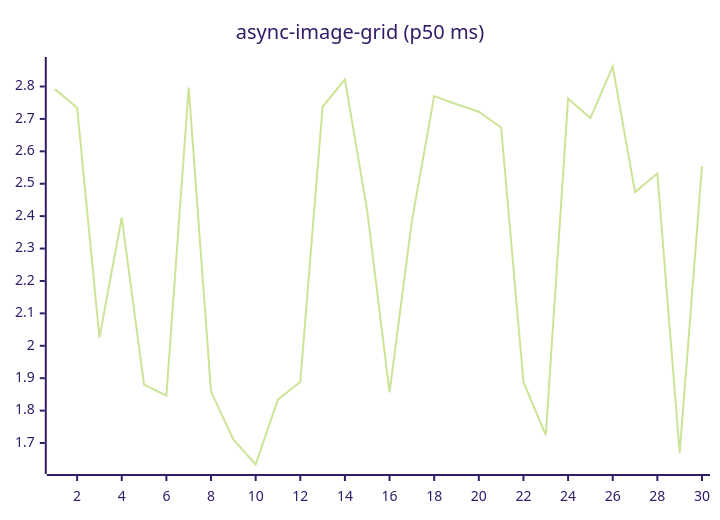
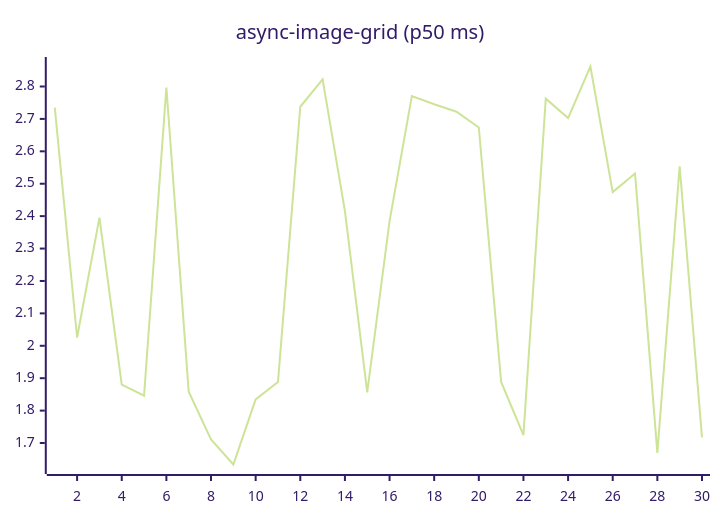
Before and after one commit to josha/Facet: the fifth of 27 diagrams in README.md, drawn with Mermaid (forest theme). The commit also changed other lines of this file and 2 other files, not shown here.

````diff
--- a/README.md
+++ b/README.md
@@ -91,6 +91,6 @@
 ```mermaid
 xychart-beta
     title "async-image-grid (p50 ms)"
     x-axis 1 --> 30
-    line [2.7919, 2.7346, 2.0254, 2.3955, 1.8801, 1.8461, 2.7970, 1.8583, 1.7113, 1.6337, 1.8346, 1.8885, 2.7375, 2.8223, 2.4153, 1.8565, 2.3845, 2.7705, 2.7451, 2.7222, 2.6737, 1.8884, 1.7244, 2.7624, 2.7026, 2.8617, 2.4742, 2.5316, 1.6696, 2.5539]
+    line [2.7346, 2.0254, 2.3955, 1.8801, 1.8461, 2.7970, 1.8583, 1.7113, 1.6337, 1.8346, 1.8885, 2.7375, 2.8223, 2.4153, 1.8565, 2.3845, 2.7705, 2.7451, 2.7222, 2.6737, 1.8884, 1.7244, 2.7624, 2.7026, 2.8617, 2.4742, 2.5316, 1.6696, 2.5539, 1.7175]
 ```
````
